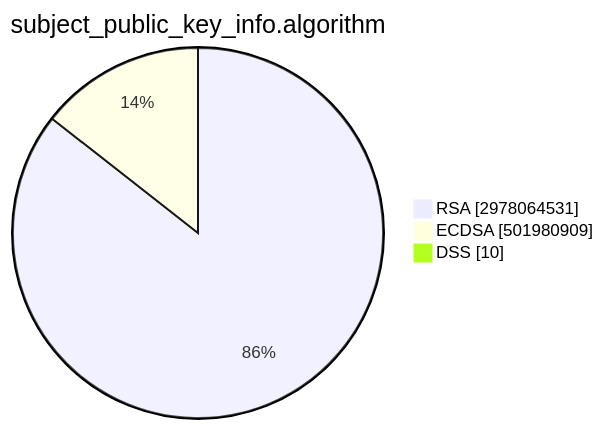
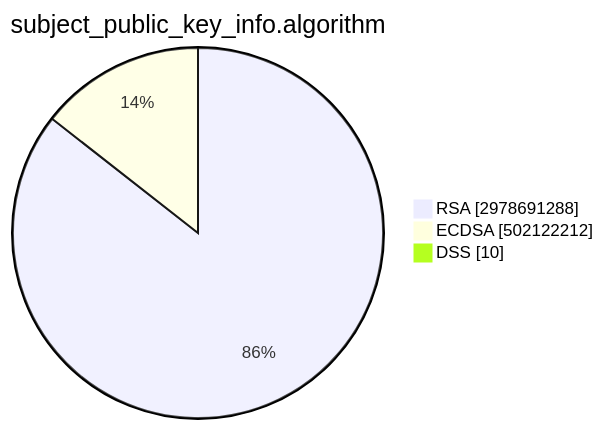
The second of 15 diagrams in TOTAL/README.md (christiankrug/ctmonitor_visualization), drawn with Mermaid before and after one commit. The commit also changed other lines of this file, not shown here.

````diff
--- a/TOTAL/README.md
+++ b/TOTAL/README.md
@@ -6,7 +6,7 @@
 ```mermaid
 pie showData
 title subject_public_key_info.algorithm
-"RSA" :2978064531
-"ECDSA" :501980909
+"RSA" :2978691288
+"ECDSA" :502122212
 "DSS" :10
 ```
````
